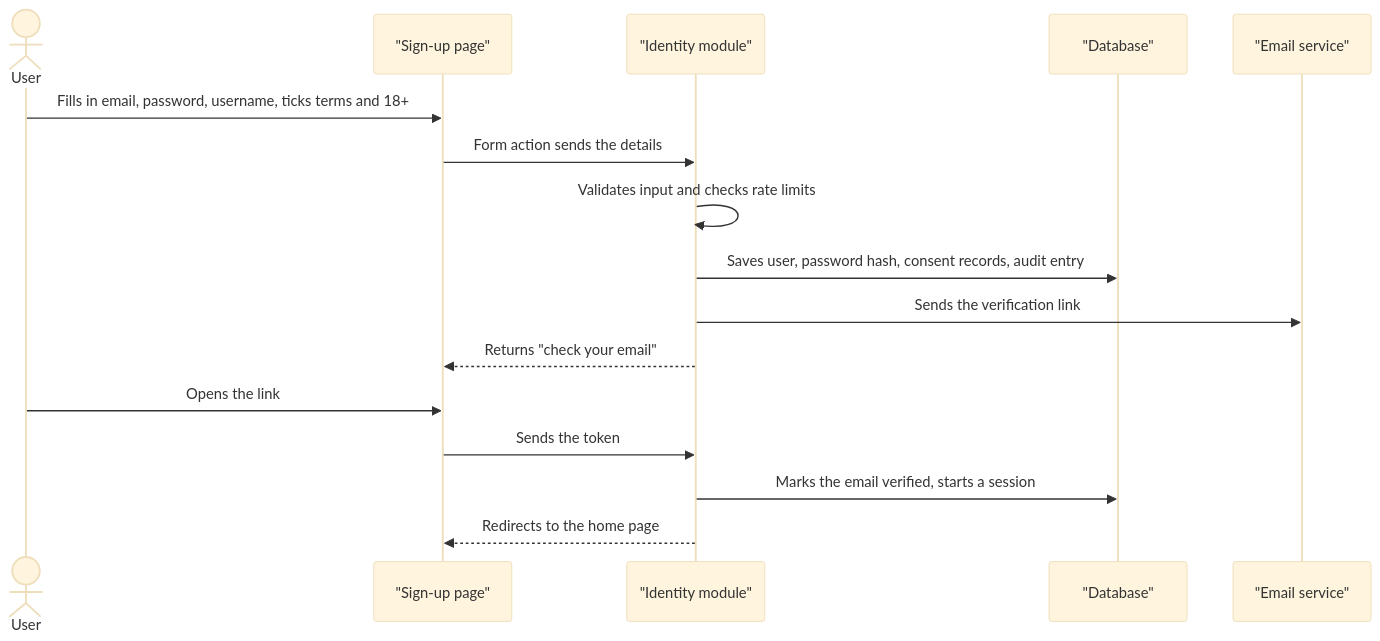
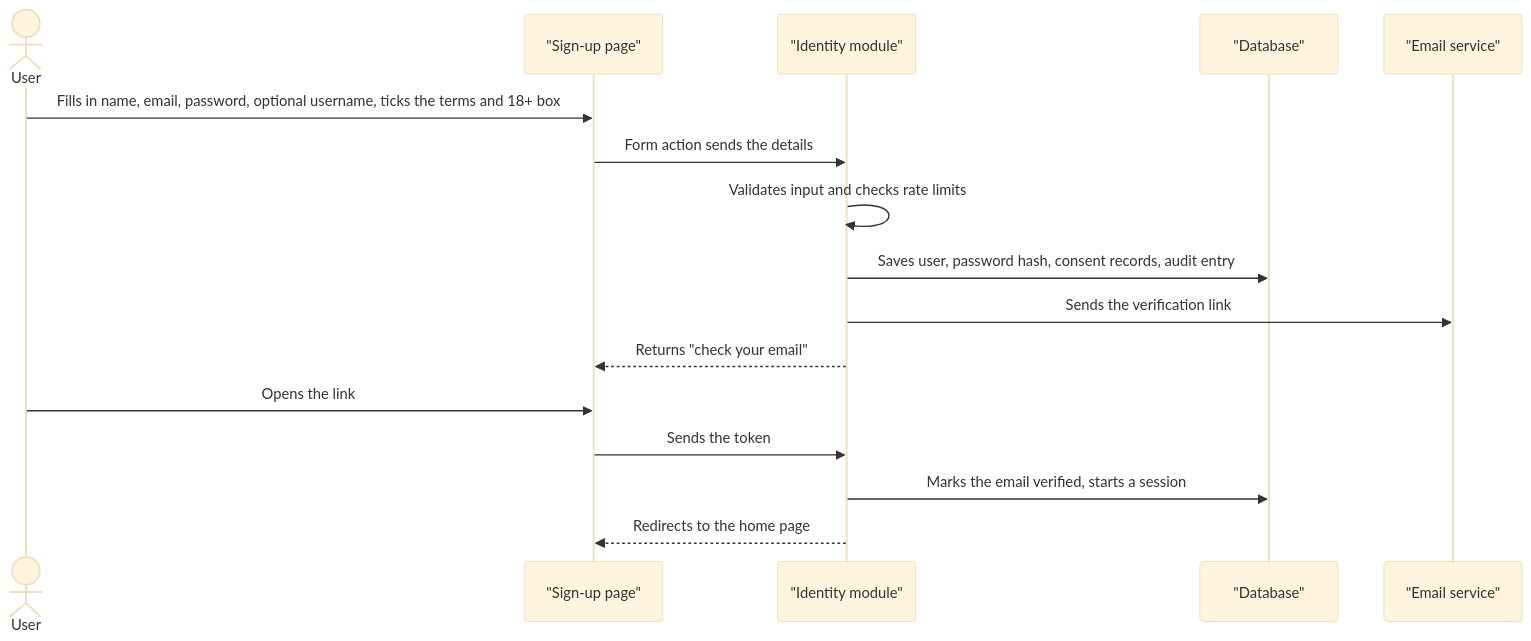
Before and after one commit to sirilabs-se/devspace: the second of 4 diagrams in saas-project/docs/architecture/modules/identity/README.md, drawn with Mermaid (base theme). The commit also changed other lines of this file and 4 other files, not shown here.

````diff
--- a/saas-project/docs/architecture/modules/identity/README.md
+++ b/saas-project/docs/architecture/modules/identity/README.md
@@ -163,18 +172,18 @@
 ```mermaid
 sequenceDiagram
     actor User
     participant Page as "Sign-up page"
     participant ID as "Identity module"
     participant DB as "Database"
     participant Mail as "Email service"
-    User->>Page: Fills in email, password, username, ticks terms and 18+
+    User->>Page: Fills in name, email, password, optional username, ticks the terms and 18+ box
     Page->>ID: Form action sends the details
     ID->>ID: Validates input and checks rate limits
     ID->>DB: Saves user, password hash, consent records, audit entry
     ID->>Mail: Sends the verification link
     ID-->>Page: Returns "check your email"
     User->>Page: Opens the link
     Page->>ID: Sends the token
     ID->>DB: Marks the email verified, starts a session
     ID-->>Page: Redirects to the home page
 ```
````
